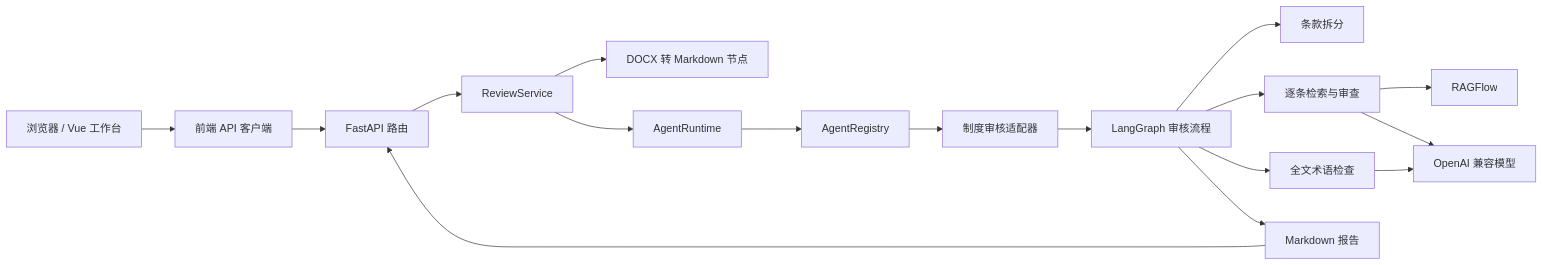
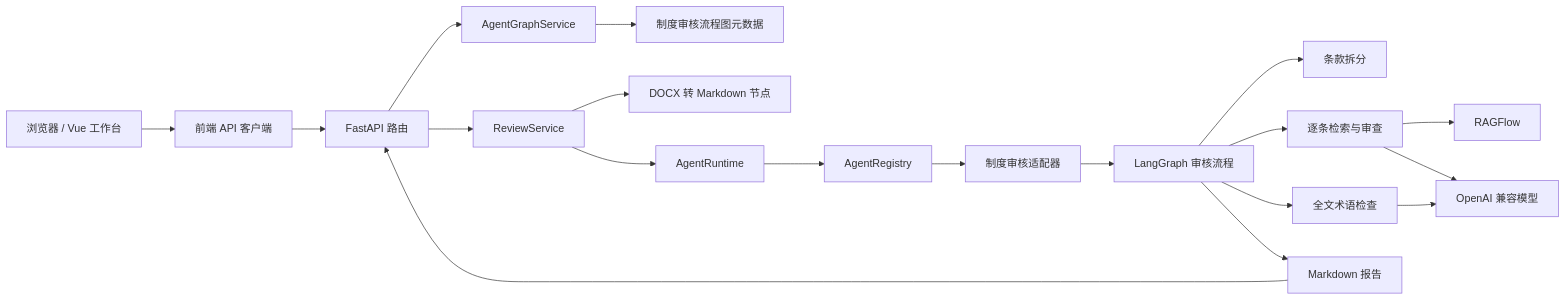
Before and after one commit to LiuEhe/AgentPlatform: the diagram in README.md, drawn with Mermaid. The commit also changed other lines of this file and 3 other files, not shown here.

````diff
--- a/README.md
+++ b/README.md
@@ -25,19 +25,21 @@
 ```mermaid
 flowchart LR
     Browser[浏览器 / Vue 工作台] --> APIClient[前端 API 客户端]
     APIClient --> API[FastAPI 路由]
     API --> ReviewService[ReviewService]
+    API --> AgentGraphService[AgentGraphService]
+    AgentGraphService --> GraphMetadata[制度审核流程图元数据]
     ReviewService --> Docx[DOCX 转 Markdown 节点]
     ReviewService --> Runtime[AgentRuntime]
     Runtime --> Registry[AgentRegistry]
     Registry --> Adapter[制度审核适配器]
     Adapter --> Graph[LangGraph 审核流程]
     Graph --> Split[条款拆分]
     Graph --> ClauseReview[逐条检索与审查]
     Graph --> Terminology[全文术语检查]
     ClauseReview --> RAG[RAGFlow]
     ClauseReview --> Model[OpenAI 兼容模型]
     Terminology --> Model
     Graph --> Report[Markdown 报告]
     Report --> API
 ```
````
